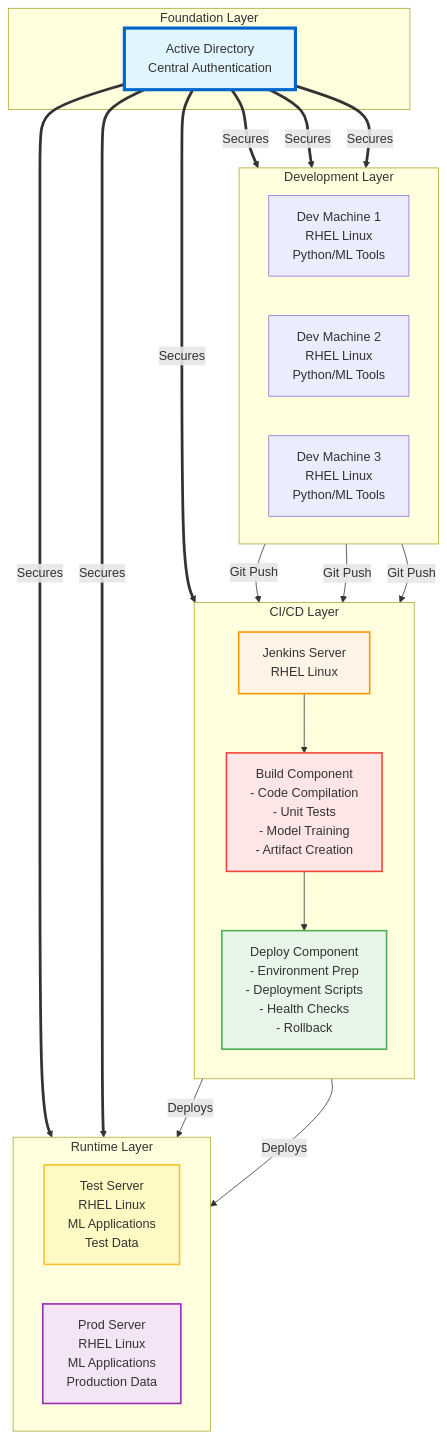
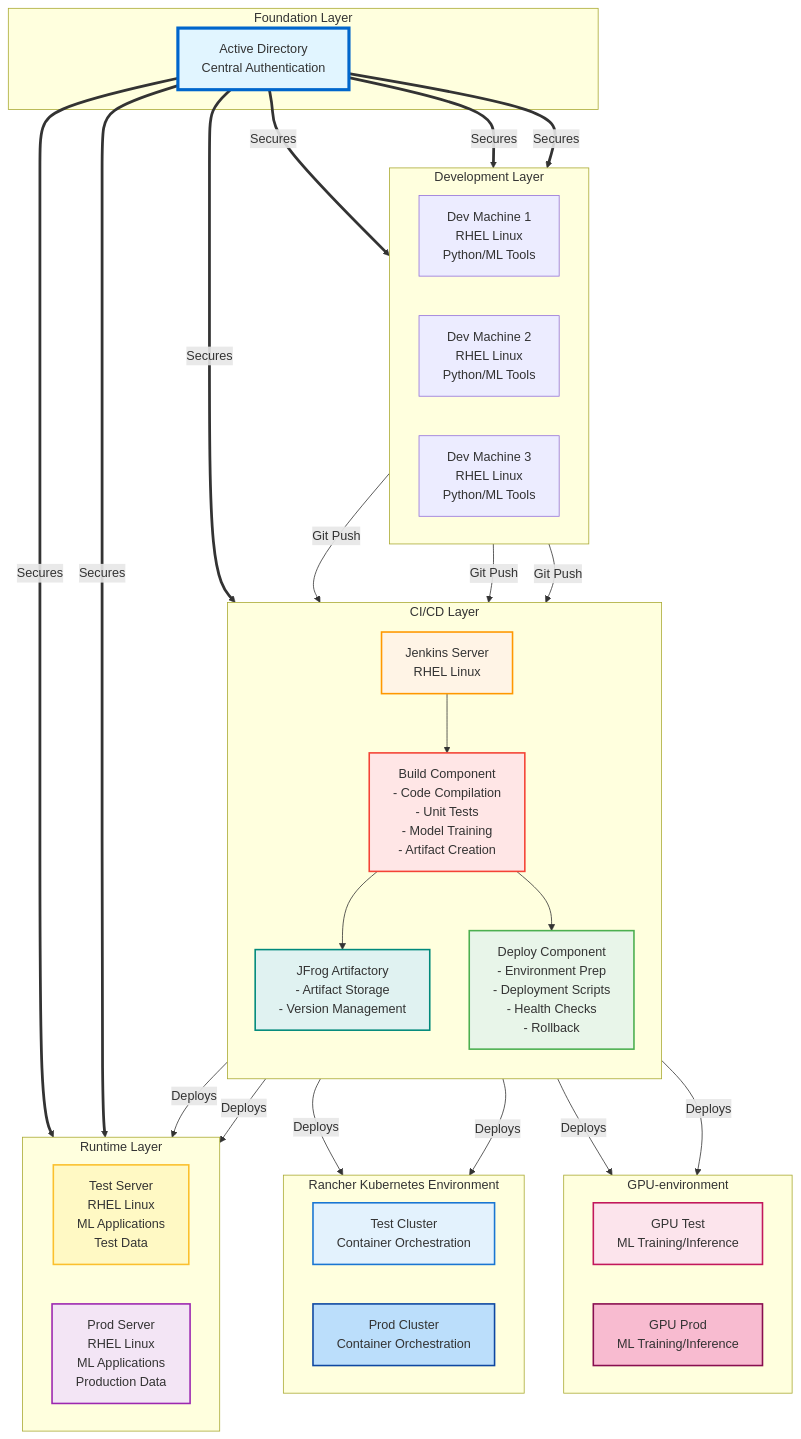
The third of 4 diagrams in README.md (tv2-mle/mlops-arkitektur), drawn with Mermaid before and after one commit. The commit also changed other lines of this file, not shown here.

Commit message:
Add JFrog Artifactory, GPU-environment, and Rancher Kubernetes to mermaid diagrams

````diff
--- a/README.md
+++ b/README.md
@@ -113,46 +163,69 @@
 ```mermaid
 graph TD
     subgraph "Foundation Layer"
         AD[Active Directory<br/>Central Authentication]
     end
     
     subgraph "Development Layer"
         direction LR
         D1[Dev Machine 1<br/>RHEL Linux<br/>Python/ML Tools]
         D2[Dev Machine 2<br/>RHEL Linux<br/>Python/ML Tools]
         D3[Dev Machine 3<br/>RHEL Linux<br/>Python/ML Tools]
     end
     
     subgraph "CI/CD Layer"
         direction TB
         JS[Jenkins Server<br/>RHEL Linux]
         BC[Build Component<br/>- Code Compilation<br/>- Unit Tests<br/>- Model Training<br/>- Artifact Creation]
         DC[Deploy Component<br/>- Environment Prep<br/>- Deployment Scripts<br/>- Health Checks<br/>- Rollback]
+        JFROG[JFrog Artifactory<br/>- Artifact Storage<br/>- Version Management]
         JS --> BC
+        BC --> JFROG
         BC --> DC
     end
     
     subgraph "Runtime Layer"
         direction LR
         TE[Test Server<br/>RHEL Linux<br/>ML Applications<br/>Test Data]
         PE[Prod Server<br/>RHEL Linux<br/>ML Applications<br/>Production Data]
+    end
+    
+    subgraph "GPU-environment"
+        direction LR
+        GPU_T[GPU Test<br/>ML Training/Inference]
+        GPU_P[GPU Prod<br/>ML Training/Inference]
+    end
+    
+    subgraph "Rancher Kubernetes Environment"
+        direction LR
+        RANCHER_T[Test Cluster<br/>Container Orchestration]
+        RANCHER_P[Prod Cluster<br/>Container Orchestration]
     end
     
     AD ==>|Secures| D1
     AD ==>|Secures| D2
     AD ==>|Secures| D3
     AD ==>|Secures| JS
     AD ==>|Secures| TE
     AD ==>|Secures| PE
     
     D1 & D2 & D3 -->|Git Push| JS
     DC -->|Deploys| TE
     DC -->|Deploys| PE
+    DC -->|Deploys| GPU_T
+    DC -->|Deploys| GPU_P
+    DC -->|Deploys| RANCHER_T
+    DC -->|Deploys| RANCHER_P
     
     style AD fill:#e1f5ff,stroke:#0066cc,stroke-width:4px
     style JS fill:#fff4e6,stroke:#ff9800,stroke-width:2px
     style BC fill:#ffe6e6,stroke:#f44336,stroke-width:2px
     style DC fill:#e8f5e9,stroke:#4caf50,stroke-width:2px
+    style JFROG fill:#e0f2f1,stroke:#00897b,stroke-width:2px
     style TE fill:#fff9c4,stroke:#fbc02d,stroke-width:2px
     style PE fill:#f3e5f5,stroke:#9c27b0,stroke-width:2px
+    style GPU_T fill:#fce4ec,stroke:#c2185b,stroke-width:2px
+    style GPU_P fill:#f8bbd0,stroke:#880e4f,stroke-width:2px
+    style RANCHER_T fill:#e3f2fd,stroke:#1976d2,stroke-width:2px
+    style RANCHER_P fill:#bbdefb,stroke:#0d47a1,stroke-width:2px
 ```
````
